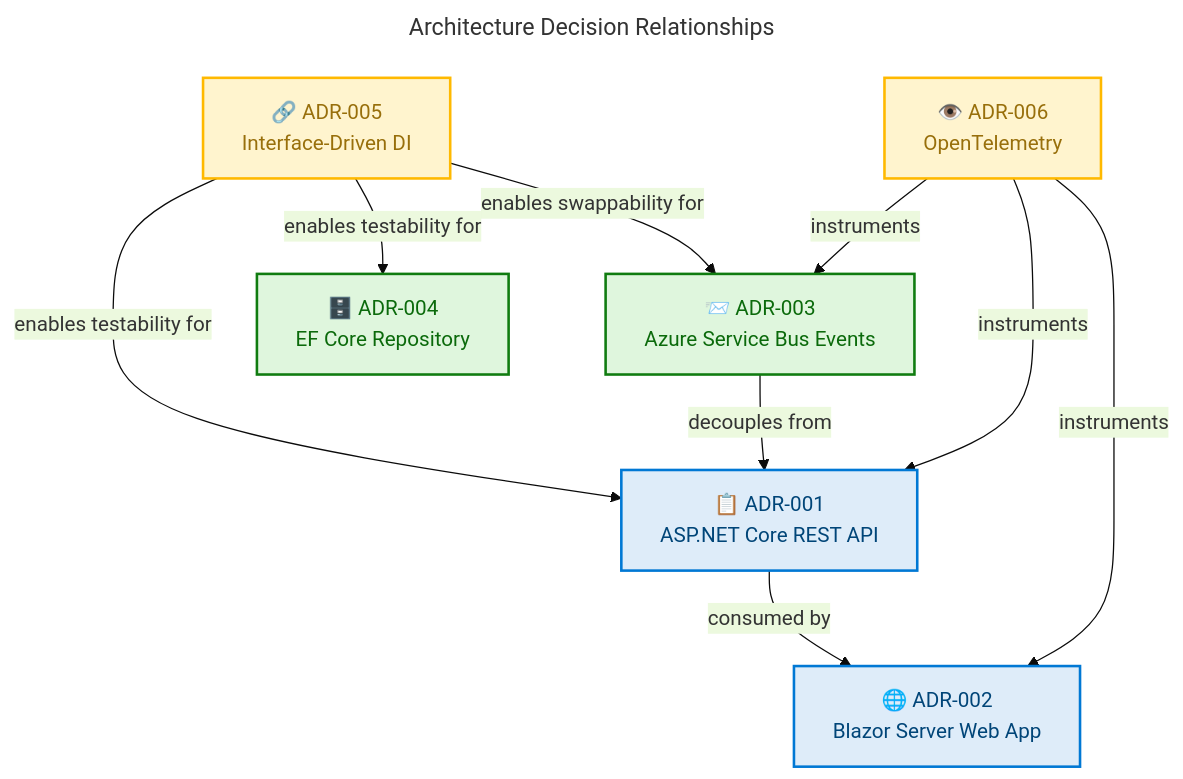
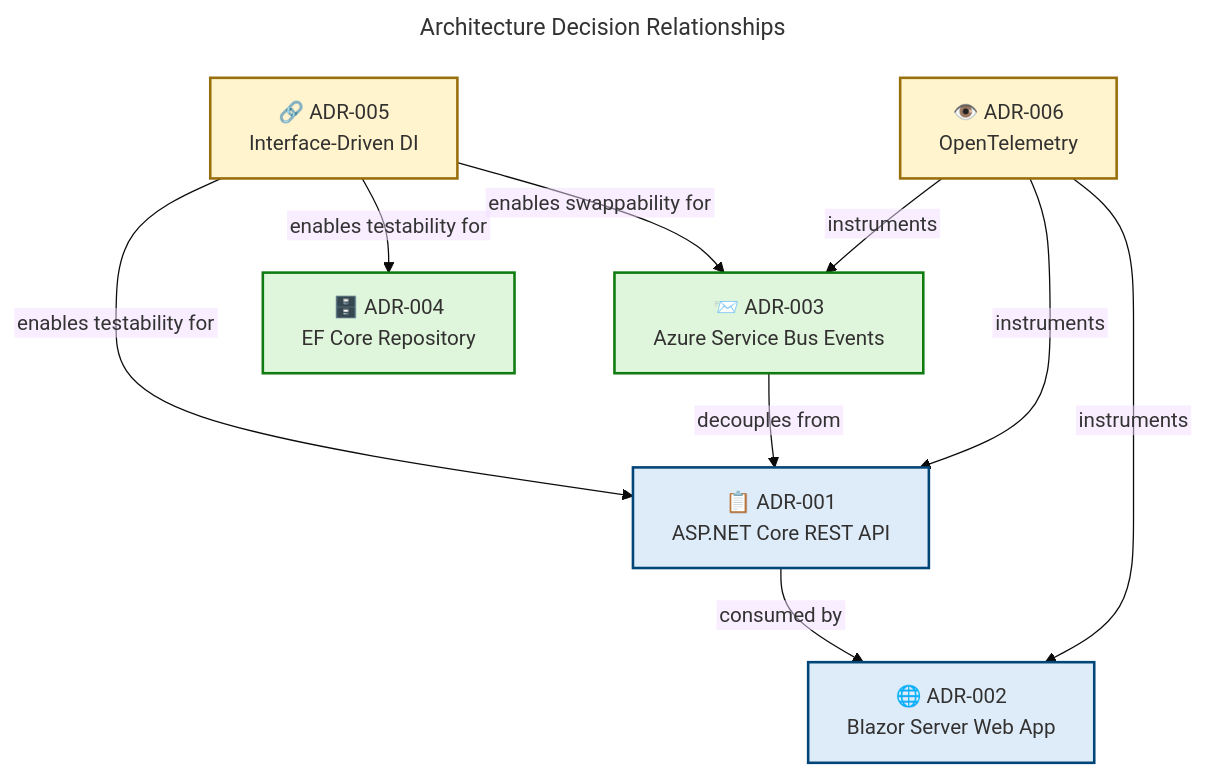
Before and after one commit to Evilazaro/Azure-LogicApps-Monitoring: the fifth of 9 diagrams in docs/architecture/Application-Layer-Architecture.md, drawn with Mermaid. The commit also changed other lines of this file, not shown here.

Commit message:
docs: enhance clarity and accessibility in Application Layer architecture diagrams

````diff
--- a/docs/architecture/Application-Layer-Architecture.md
+++ b/docs/architecture/Application-Layer-Architecture.md
@@ -1655,36 +1695,43 @@
 ```mermaid
 ---
-title: Architecture Decision Relationships
+title: "Architecture Decision Relationships"
 config:
   theme: base
   themeVariables:
-    primaryColor: '#DEECF9'
-    primaryBorderColor: '#0078D4'
+    fontSize: '16px'
+  flowchart:
+    htmlLabels: false
 ---
 flowchart TD
     accTitle: Architecture Decision Relationships Diagram
     accDescr: Shows the six architecture decisions and their relationships and dependencies
+
+    %% ═══════════════════════════════════════════════════════════════════════════
+    %% AZURE / FLUENT ARCHITECTURE PATTERN v1.1
+    %% (Semantic + Structural + Font + Accessibility Governance)
+    %% ═══════════════════════════════════════════════════════════════════════════
 
     adr1["📋 ADR-001<br/>ASP.NET Core REST API"]
     adr2["🌐 ADR-002<br/>Blazor Server Web App"]
     adr3["📨 ADR-003<br/>Azure Service Bus Events"]
     adr4["🗄️ ADR-004<br/>EF Core Repository"]
     adr5["🔗 ADR-005<br/>Interface-Driven DI"]
     adr6["👁️ ADR-006<br/>OpenTelemetry"]
 
     adr5 -->|"enables testability for"| adr1
     adr5 -->|"enables swappability for"| adr3
     adr5 -->|"enables testability for"| adr4
     adr1 -->|"consumed by"| adr2
     adr3 -->|"decouples from"| adr1
     adr6 -->|"instruments"| adr1
     adr6 -->|"instruments"| adr2
     adr6 -->|"instruments"| adr3
 
-    style adr1 fill:#DEECF9,stroke:#0078D4,stroke-width:2px,color:#004578
-    style adr2 fill:#DEECF9,stroke:#0078D4,stroke-width:2px,color:#004578
-    style adr3 fill:#DFF6DD,stroke:#107C10,stroke-width:2px,color:#0B6A0B
-    style adr4 fill:#DFF6DD,stroke:#107C10,stroke-width:2px,color:#0B6A0B
-    style adr5 fill:#FFF4CE,stroke:#FFB900,stroke-width:2px,color:#986F0B
-    style adr6 fill:#FFF4CE,stroke:#FFB900,stroke-width:2px,color:#986F0B
+    classDef azureBlue fill:#DEECF9,stroke:#004578,stroke-width:2px,color:#323130
+    classDef successGreen fill:#DFF6DD,stroke:#107C10,stroke-width:2px,color:#323130
+    classDef warningYellow fill:#FFF4CE,stroke:#986F0B,stroke-width:2px,color:#323130
+
+    class adr1,adr2 azureBlue
+    class adr3,adr4 successGreen
+    class adr5,adr6 warningYellow
 ```
````
